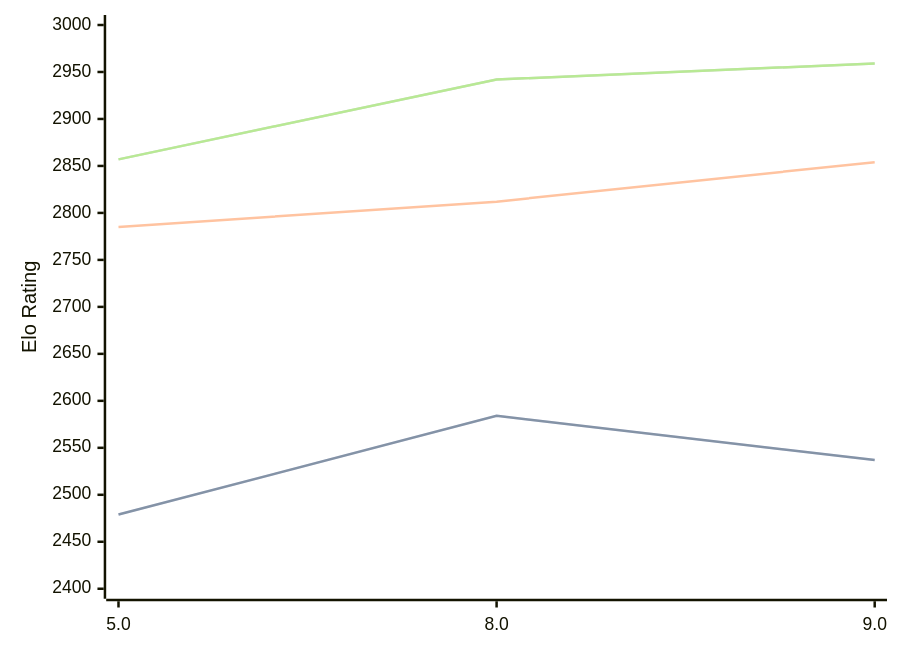
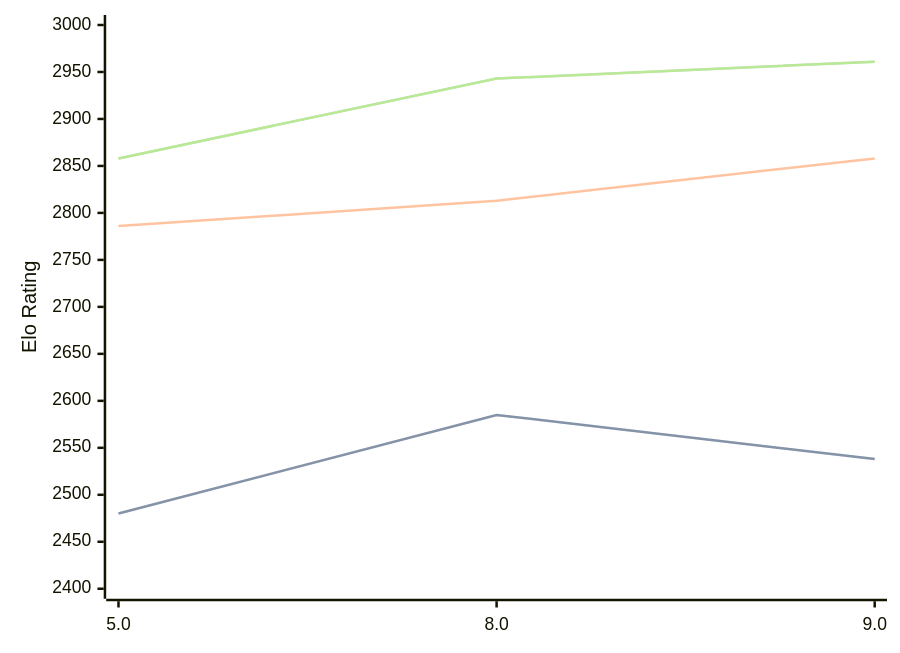
One commit to computer-chess-index/cci changed the diagram in engines/4kc.md. Above: the diagram before and after it, drawn with Mermaid. The commit also changed other lines of this file, not shown here.

Commit message:
Update CCI Ratings (ELO VLTC) - 2026-08-26

````diff
--- a/engines/4kc.md
+++ b/engines/4kc.md
@@ -33,11 +33,11 @@
 ```mermaid
 %%{init: {"theme":"base","themeVariables":{"seriesColors:['#a3a3a3','#222221','#faa371']}}}%%
 xychart-beta
   x-axis ["5.0", "8.0", "9.0"]
   y-axis "Elo Rating" 2400 --> 3000
-  line "STC (8.0+0.08s)" [2479, 2584, 2537]
-  line "STC (8.0+0.08s)" [2479, 2584, 2537]
-  line "LTC (60.0+0.60s)" [2785, 2812, 2854]
-  line "VLTC (2m24s+1.12s)" [2857, 2942, 2959]
-  line "VLTC (2m24s+1.12s)" [2857, 2942, 2959]
+  line "STC (8.0+0.08s)" [2480, 2585, 2538]
+  line "STC (8.0+0.08s)" [2480, 2585, 2538]
+  line "LTC (60.0+0.60s)" [2786, 2813, 2858]
+  line "VLTC (2m24s+1.12s)" [2858, 2943, 2961]
+  line "VLTC (2m24s+1.12s)" [2858, 2943, 2961]
 ```
````
